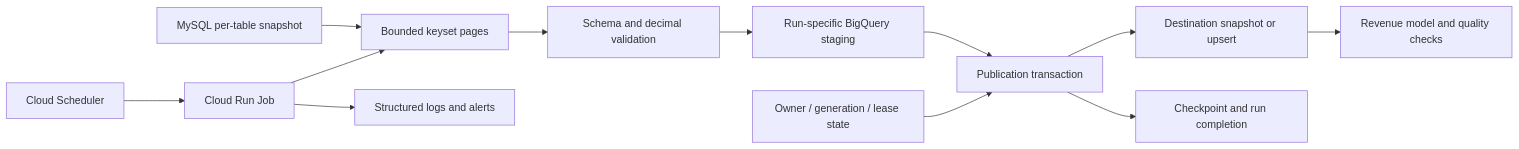
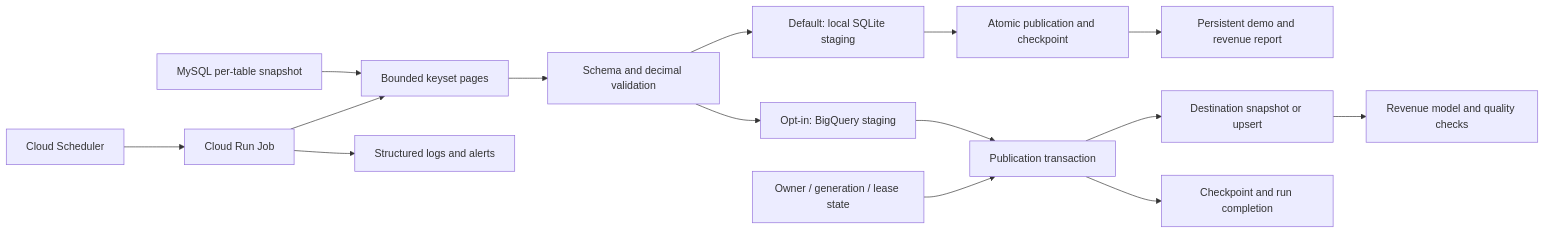
One commit to abouguri/mysql-bigquery-etl changed the diagram in README.md. Above: the diagram before and after it, drawn with Mermaid. The commit also changed other lines of this file and 5 other files, not shown here.

````diff
--- a/README.md
+++ b/README.md
@@ -17,14 +17,17 @@
 ```mermaid
 flowchart LR
     S[Cloud Scheduler] --> J[Cloud Run Job]
     M[MySQL per-table snapshot] --> P[Bounded keyset pages]
     J --> P
     P --> V[Schema and decimal validation]
-    V --> T[Run-specific BigQuery staging]
+    V --> L[Default: local SQLite staging]
+    L --> LX[Atomic publication and checkpoint]
+    LX --> LR[Persistent demo and revenue report]
+    V --> T[Opt-in: BigQuery staging]
     T --> X[Publication transaction]
     F[Owner / generation / lease state] --> X
     X --> D[Destination snapshot or upsert]
     X --> C[Checkpoint and run completion]
     D --> A[Revenue model and quality checks]
     J --> O[Structured logs and alerts]
 ```
````
